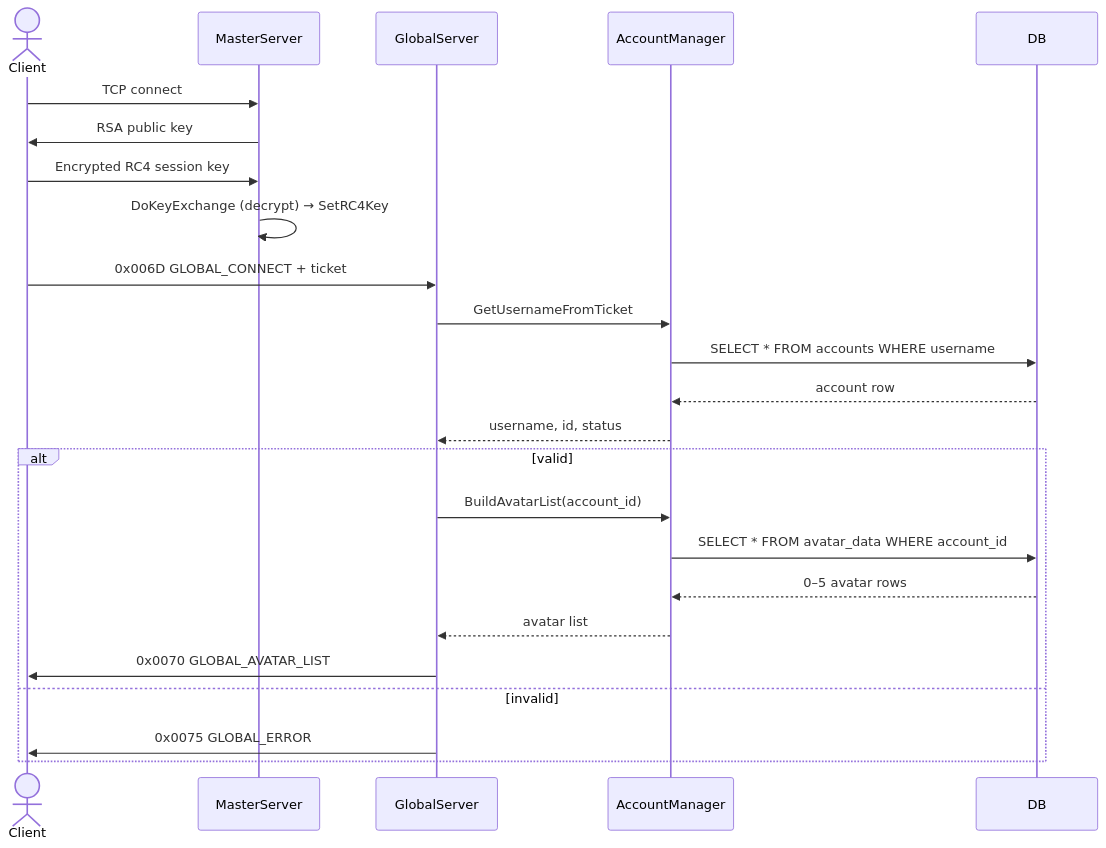
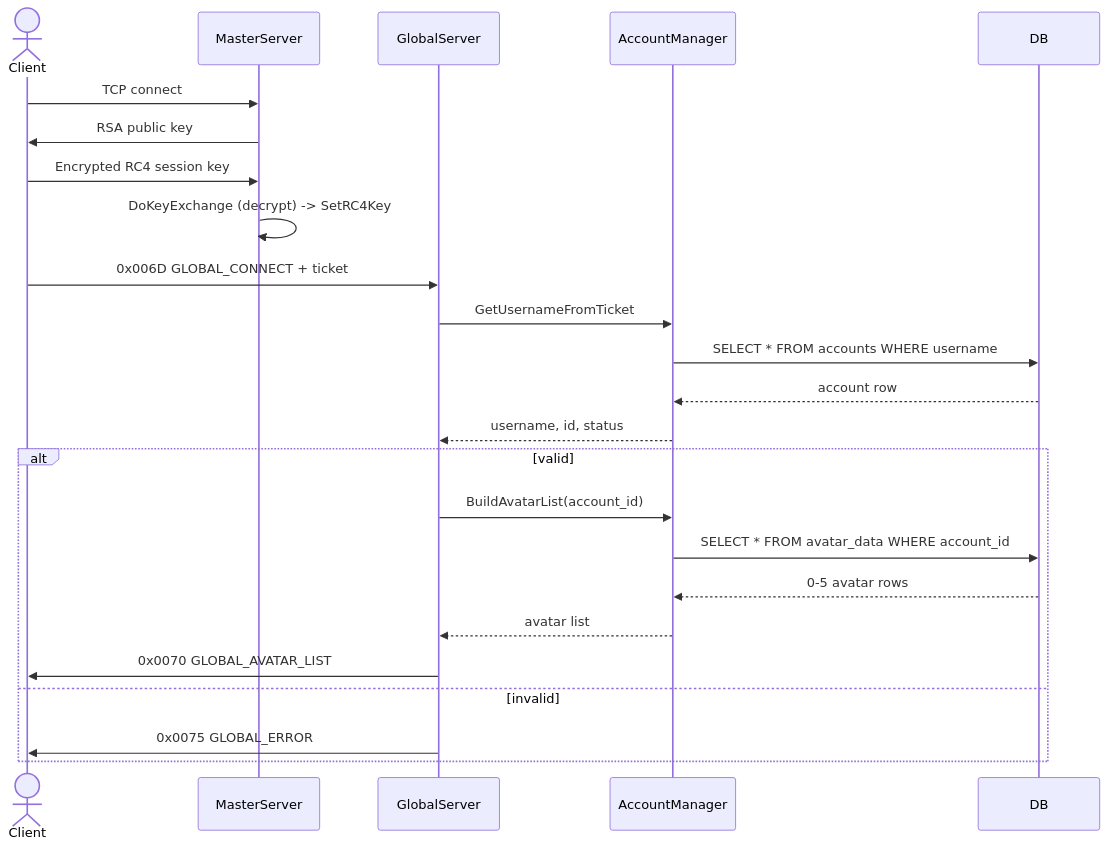
One commit to sigseg1v/enb-emulator changed the first of 3 diagrams in docs/04-server-modules.md. Above: the diagram before and after it, drawn with Mermaid. The commit also changed other lines of this file and 17 other files, not shown here.

````diff
--- a/docs/04-server-modules.md
+++ b/docs/04-server-modules.md
@@ -986,27 +1016,27 @@
 ```mermaid
 sequenceDiagram
     actor Client
     participant MasterServer
     participant GlobalServer
     participant AccountManager
     participant DB
 
     Client->>MasterServer: TCP connect
     MasterServer->>Client: RSA public key
     Client->>MasterServer: Encrypted RC4 session key
-    MasterServer->>MasterServer: DoKeyExchange (decrypt) → SetRC4Key
+    MasterServer->>MasterServer: DoKeyExchange (decrypt) -> SetRC4Key
     Client->>GlobalServer: 0x006D GLOBAL_CONNECT + ticket
     GlobalServer->>AccountManager: GetUsernameFromTicket
     AccountManager->>DB: SELECT * FROM accounts WHERE username
     DB-->>AccountManager: account row
     AccountManager-->>GlobalServer: username, id, status
     alt valid
         GlobalServer->>AccountManager: BuildAvatarList(account_id)
         AccountManager->>DB: SELECT * FROM avatar_data WHERE account_id
-        DB-->>AccountManager: 0–5 avatar rows
+        DB-->>AccountManager: 0-5 avatar rows
         AccountManager-->>GlobalServer: avatar list
         GlobalServer->>Client: 0x0070 GLOBAL_AVATAR_LIST
     else invalid
         GlobalServer->>Client: 0x0075 GLOBAL_ERROR
     end
 ```
````
